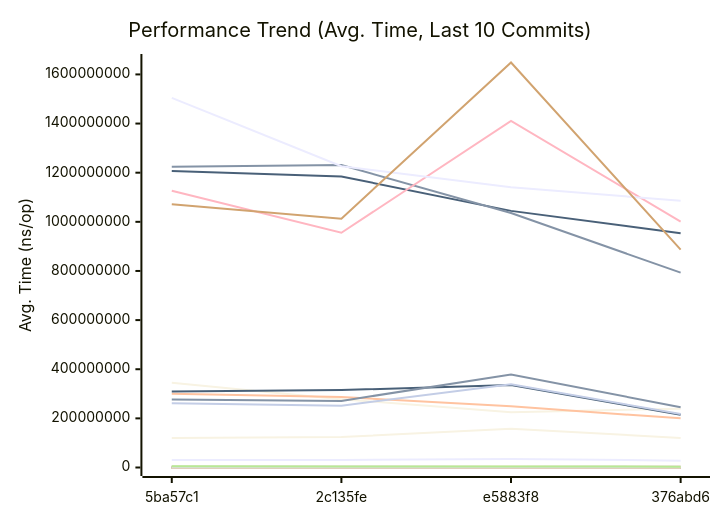
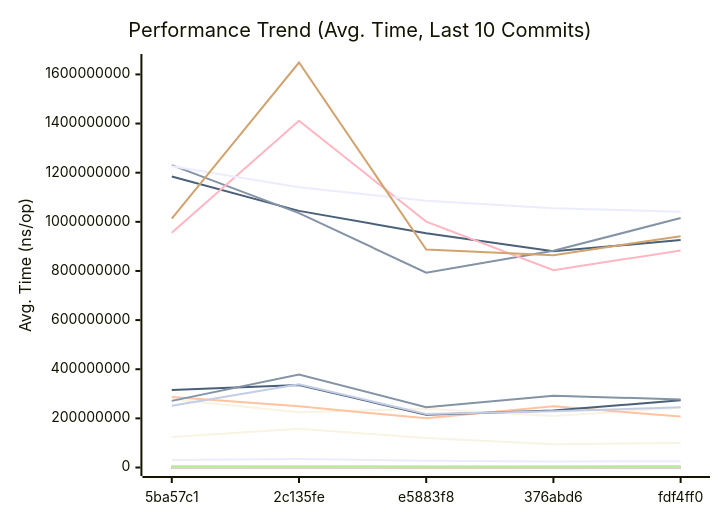
The first of 3 diagrams in docs/PERFORMANCE.md (alsotoes/momo), drawn with Mermaid before and after one commit. The commit also changed other lines of this file and 2 other files, not shown here.

Commit message:
test: fix momofs config test for single daemon (#934)

````diff
--- a/docs/PERFORMANCE.md
+++ b/docs/PERFORMANCE.md
@@ -260,44 +260,44 @@
 ```mermaid
 xychart-beta
     title "Performance Trend (Avg. Time, Last 10 Commits)"
     x-axis "Commit"
     y-axis "Avg. Time (ns/op)"
-    x-axis [5ba57c1,2c135fe,e5883f8,376abd6]
-    line "AWSChunkedReaderSigned" [528737,564386,758672,413086,397685,535625,618041,521824,584439,539275]
-    line "AWSChunkedReaderUnsigned" [587797,593238,672192,414070,405982,479460,573661,451522,611665,550355]
-    line "CheckMetricsAndSwap" [10,13,15,8,7,10,10,17,10,11]
-    line "CrushOptimized" [455,372,348,300,328,320,458,539,432,471]
-    line "CrushOriginal" [629,670,500,425,443,407,633,730,712,650]
-    line "FormatListObjectsV2XML_AppendFormat" [851540,926975,915187,583023,566690,627648,848928,1046717,799795,1039816]
-    line "FormatListObjectsV2XML_OldFormat" [517753,571332,678624,365879,366636,408457,535755,745142,464905,458449]
-    line "HashBytes/1MiB" [4458201,5002278,3553145,3949669,3443981,3592333,5110585,4751175,5064237,4383380]
-    line "HashBytes/256MiB" [1207294588,1184745180,1044551719,953557308,880098861,925707610,1174333367,1221858506,1419279092,1145420213]
-    line "HashBytes/64MiB" [345018440,277796866,225326458,239330627,209418782,242948441,297766074,317593619,355000134,315394868]
-    line "HashFile/1MiB" [4734519,4310666,4389479,3364281,3842035,3350950,4950193,5129547,5747827,5999828]
-    line "HashFile/256MiB" [1224080744,1231037862,1035601414,793044431,881918242,1015211606,1319192441,1310601572,1273023822,1457159370]
-    line "HashFile/64MiB" [300686574,287252666,248823362,200009250,249484580,207167851,333549904,329592825,282613785,330397537]
-    line "IndexDirectTracking" [1,1,1,0,0,0,1,1,0,0]
-    line "IndexSearch" [2,2,3,2,2,2,2,5,4,3]
-    line "LastModifiedHeader_AppendFormat" [241,335,327,200,185,228,286,252,340,415]
-    line "LastModifiedHeader_Format" [407,375,540,279,262,285,385,350,398,514]
-    line "LoadGlobalConfig" [14415,13002,10458,9205,9952,8921,13356,14511,16366,13776]
-    line "LocalWrite/1MiB" [546231,429345,817681,719361,445767,431598,526423,795470,552166,778898]
-    line "LocalWrite/256MiB" [120328176,124110973,158044809,120298309,94142106,100079806,126435842,151118283,121284509,138380852]
-    line "LocalWrite/64MiB" [30438473,30969681,34833751,27951923,24072639,25874779,32839259,53059327,32531111,36029215]
-    line "PadString" [55,62,58,41,57,53,71,49,70,69]
+    x-axis [5ba57c1,2c135fe,e5883f8,376abd6,fdf4ff0]
+    line "AWSChunkedReaderSigned" [564386,758672,413086,397685,535625,618041,521824,584439,539275,522839]
+    line "AWSChunkedReaderUnsigned" [593238,672192,414070,405982,479460,573661,451522,611665,550355,604498]
+    line "CheckMetricsAndSwap" [13,15,8,7,10,10,17,10,11,10]
+    line "CrushOptimized" [372,348,300,328,320,458,539,432,471,405]
+    line "CrushOriginal" [670,500,425,443,407,633,730,712,650,699]
+    line "FormatListObjectsV2XML_AppendFormat" [926975,915187,583023,566690,627648,848928,1046717,799795,1039816,911991]
+    line "FormatListObjectsV2XML_OldFormat" [571332,678624,365879,366636,408457,535755,745142,464905,458449,554255]
+    line "HashBytes/1MiB" [5002278,3553145,3949669,3443981,3592333,5110585,4751175,5064237,4383380,5547571]
+    line "HashBytes/256MiB" [1184745180,1044551719,953557308,880098861,925707610,1174333367,1221858506,1419279092,1145420213,1150583944]
+    line "HashBytes/64MiB" [277796866,225326458,239330627,209418782,242948441,297766074,317593619,355000134,315394868,341933076]
+    line "HashFile/1MiB" [4310666,4389479,3364281,3842035,3350950,4950193,5129547,5747827,5999828,5183292]
+    line "HashFile/256MiB" [1231037862,1035601414,793044431,881918242,1015211606,1319192441,1310601572,1273023822,1457159370,1166573869]
+    line "HashFile/64MiB" [287252666,248823362,200009250,249484580,207167851,333549904,329592825,282613785,330397537,289173153]
+    line "IndexDirectTracking" [1,1,0,0,0,1,1,0,0,1]
+    line "IndexSearch" [2,3,2,2,2,2,5,4,3,3]
+    line "LastModifiedHeader_AppendFormat" [335,327,200,185,228,286,252,340,415,345]
+    line "LastModifiedHeader_Format" [375,540,279,262,285,385,350,398,514,394]
+    line "LoadGlobalConfig" [13002,10458,9205,9952,8921,13356,14511,16366,13776,15095]
+    line "LocalWrite/1MiB" [429345,817681,719361,445767,431598,526423,795470,552166,778898,525512]
+    line "LocalWrite/256MiB" [124110973,158044809,120298309,94142106,100079806,126435842,151118283,121284509,138380852,128601282]
+    line "LocalWrite/64MiB" [30969681,34833751,27951923,24072639,25874779,32839259,53059327,32531111,36029215,35542782]
+    line "PadString" [62,58,41,57,53,71,49,70,69,64]
     line "ParseReplicationOrder_NoPrealloc" [350,349,357,354,345,225,229,165,232,234]
     line "ParseReplicationOrder_Prealloc" [229,231,237,234,229,108,107,80,110,109]
-    line "Placement" [7125,6310,5825,4876,5168,4621,6718,8505,7344,6922]
-    line "PlacementDomainSpread" [6962,6385,6405,5139,5453,5023,6553,8563,7236,7465]
-    line "ReadVerify/1MiB" [5082713,4903321,6081724,3136229,3798416,3596845,4460850,5088522,3970325,4753309]
-    line "ReadVerify/256MiB" [1126615995,955370931,1411104961,1000738329,803259188,883417974,1244837167,1337973310,1152182050,1249327431]
-    line "ReadVerify/64MiB" [308997294,315121783,335838061,214326196,232435503,273582930,405518693,335223998,288365836,309264832]
-    line "S3PutSpool/1MiB" [5065293,4750326,6562486,3791252,4349655,4494504,5795780,6486611,5066289,6659391]
-    line "S3PutSpool/256MiB" [1504779272,1226604254,1140637754,1085496919,1054828608,1041459785,1474423367,1414994967,1327631659,1627622695]
-    line "S3PutSpool/64MiB" [276642924,271159852,378241377,245496530,292024160,277039985,384356699,395378107,282251478,366146558]
-    line "SanitizeLog/Safe" [246,286,286,227,233,295,361,256,386,270]
-    line "SanitizeLog/Unsafe" [915,1036,1495,681,684,922,1091,801,1163,1016]
-    line "TrustedRead/1MiB" [4694929,4495398,3669866,3527534,3390683,4063744,6459603,5688219,4848751,4607932]
-    line "TrustedRead/256MiB" [1071768789,1012880474,1648511504,887056660,864337055,941546678,1440831398,1532603475,1223453299,1410403058]
-    line "TrustedRead/64MiB" [261716002,251602823,338500502,217741152,228835469,245169178,333995810,418960245,336501521,296487000]
+    line "Placement" [6310,5825,4876,5168,4621,6718,8505,7344,6922,7453]
+    line "PlacementDomainSpread" [6385,6405,5139,5453,5023,6553,8563,7236,7465,7811]
+    line "ReadVerify/1MiB" [4903321,6081724,3136229,3798416,3596845,4460850,5088522,3970325,4753309,4723356]
+    line "ReadVerify/256MiB" [955370931,1411104961,1000738329,803259188,883417974,1244837167,1337973310,1152182050,1249327431,1431247520]
+    line "ReadVerify/64MiB" [315121783,335838061,214326196,232435503,273582930,405518693,335223998,288365836,309264832,334268234]
+    line "S3PutSpool/1MiB" [4750326,6562486,3791252,4349655,4494504,5795780,6486611,5066289,6659391,6179992]
+    line "S3PutSpool/256MiB" [1226604254,1140637754,1085496919,1054828608,1041459785,1474423367,1414994967,1327631659,1627622695,1567298391]
+    line "S3PutSpool/64MiB" [271159852,378241377,245496530,292024160,277039985,384356699,395378107,282251478,366146558,388891982]
+    line "SanitizeLog/Safe" [286,286,227,233,295,361,256,386,270,283]
+    line "SanitizeLog/Unsafe" [1036,1495,681,684,922,1091,801,1163,1016,1039]
+    line "TrustedRead/1MiB" [4495398,3669866,3527534,3390683,4063744,6459603,5688219,4848751,4607932,6032847]
+    line "TrustedRead/256MiB" [1012880474,1648511504,887056660,864337055,941546678,1440831398,1532603475,1223453299,1410403058,1131933188]
+    line "TrustedRead/64MiB" [251602823,338500502,217741152,228835469,245169178,333995810,418960245,336501521,296487000,387555406]
 ```
````
